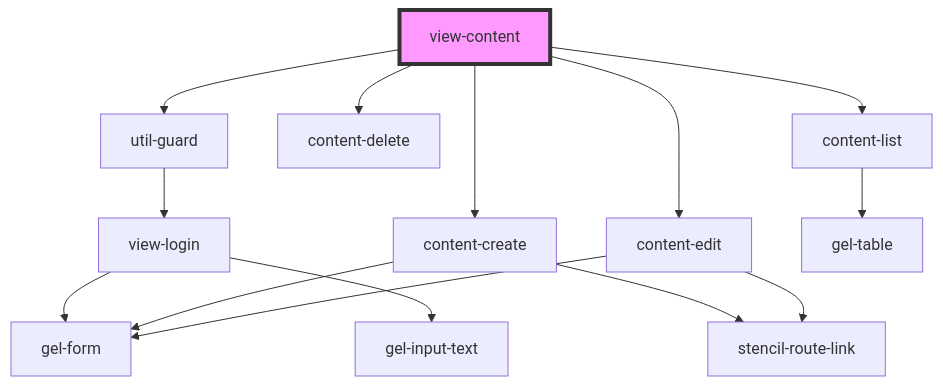
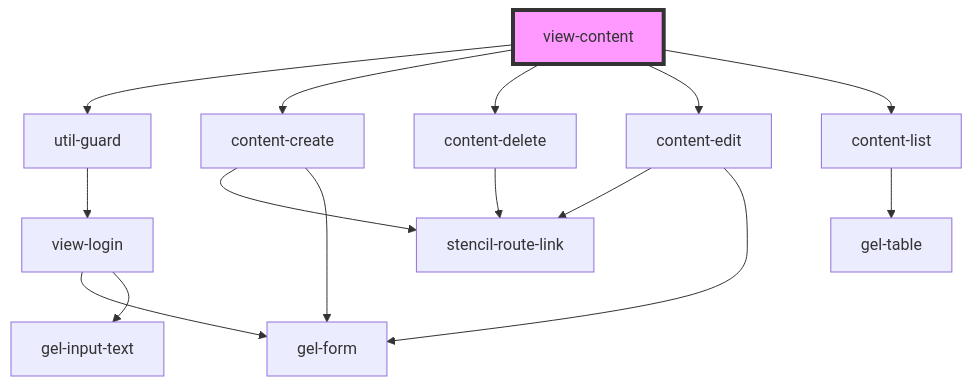
The diagram in packages/ui/docs/components/views/content/readme.md (IZEDx/graphene), drawn with Mermaid before and after one commit. The commit also changed 1 other file, not shown here.

Commit message:
✨ Add back button to delete

````diff
--- a/packages/ui/docs/components/views/content/readme.md
+++ b/packages/ui/docs/components/views/content/readme.md
@@ -37,17 +37,18 @@
 ```mermaid
 graph TD;
   view-content --> util-guard
   view-content --> content-create
   view-content --> content-delete
   view-content --> content-edit
   view-content --> content-list
   util-guard --> view-login
   view-login --> gel-form
   view-login --> gel-input-text
   content-create --> stencil-route-link
   content-create --> gel-form
+  content-delete --> stencil-route-link
   content-edit --> stencil-route-link
   content-edit --> gel-form
   content-list --> gel-table
   style view-content fill:#f9f,stroke:#333,stroke-width:4px
 ```
````
